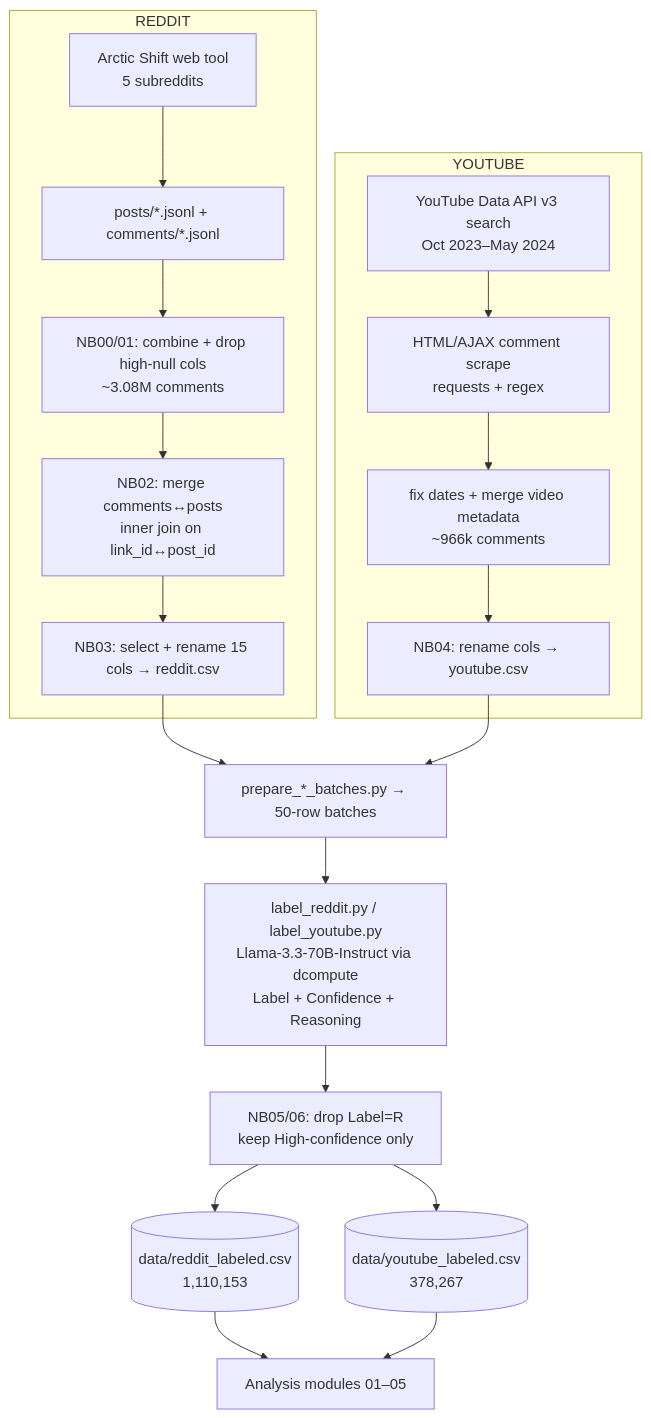
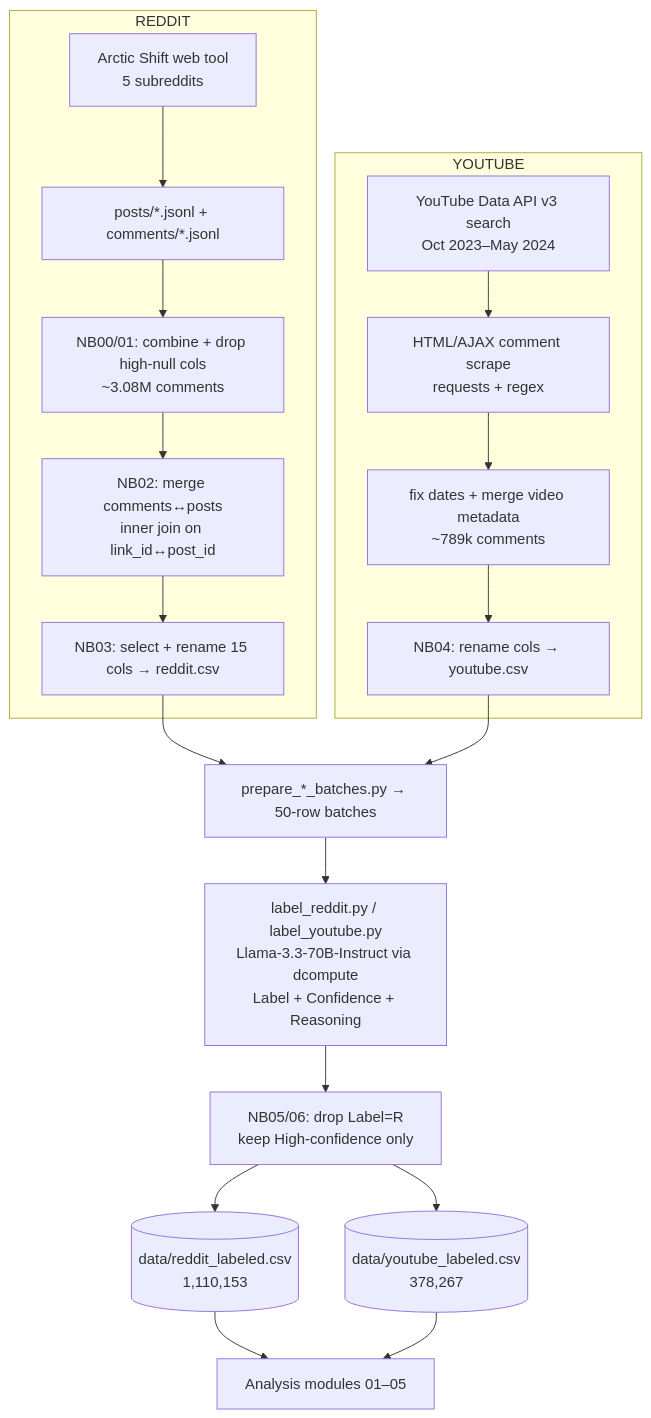
The diagram in README.md (akshat3144/israel-hamas-discourse-analysis), drawn with Mermaid before and after one commit. The commit also changed other lines of this file and 3 other files, not shown here.

````diff
--- a/README.md
+++ b/README.md
@@ -180,22 +180,22 @@
 ```mermaid
 flowchart TD
     subgraph REDDIT
       A1[Arctic Shift web tool<br/>5 subreddits] --> A2[posts/*.jsonl + comments/*.jsonl]
       A2 --> A3[NB00/01: combine + drop high-null cols<br/>~3.08M comments]
       A3 --> A4[NB02: merge comments↔posts<br/>inner join on link_id↔post_id]
       A4 --> A5[NB03: select + rename 15 cols → reddit.csv]
     end
     subgraph YOUTUBE
       B1[YouTube Data API v3 search<br/>Oct 2023–May 2024] --> B2[HTML/AJAX comment scrape<br/>requests + regex]
-      B2 --> B3[fix dates + merge video metadata<br/>~966k comments]
+      B2 --> B3[fix dates + merge video metadata<br/>~789k comments]
       B3 --> B4[NB04: rename cols → youtube.csv]
     end
     A5 --> L[prepare_*_batches.py → 50-row batches]
     B4 --> L
     L --> M[label_reddit.py / label_youtube.py<br/>Llama-3.3-70B-Instruct via dcompute<br/>Label + Confidence + Reasoning]
     M --> F[NB05/06: drop Label=R<br/>keep High-confidence only]
     F --> D1[(data/reddit_labeled.csv<br/>1,110,153)]
     F --> D2[(data/youtube_labeled.csv<br/>378,267)]
     D1 --> AN[Analysis modules 01–05]
     D2 --> AN
 ```
````
